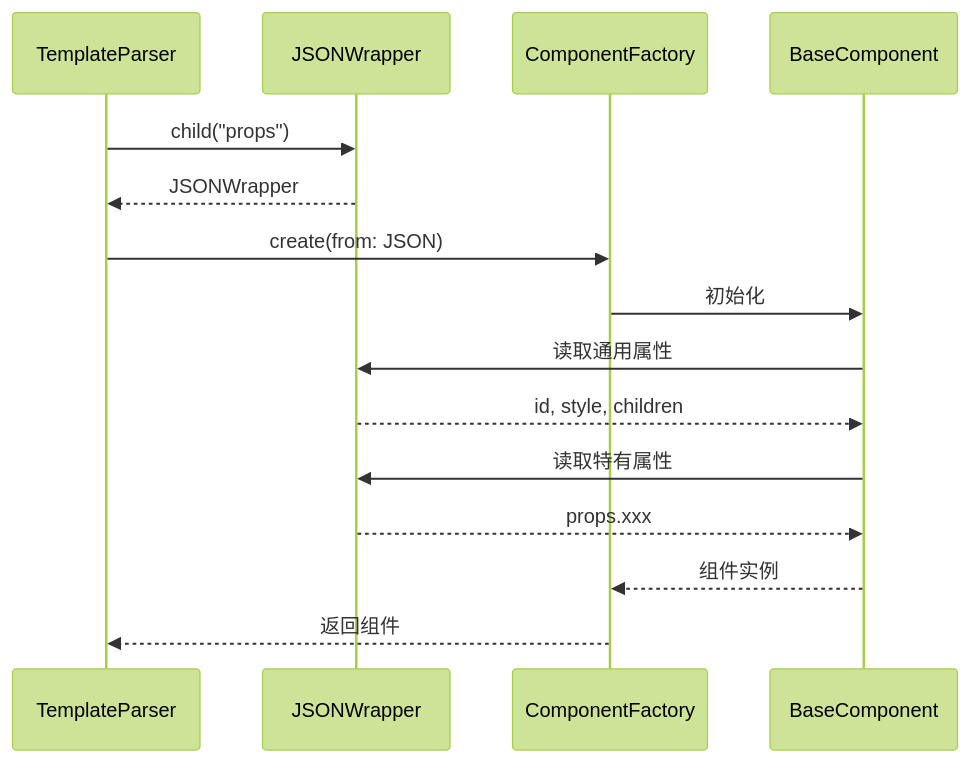
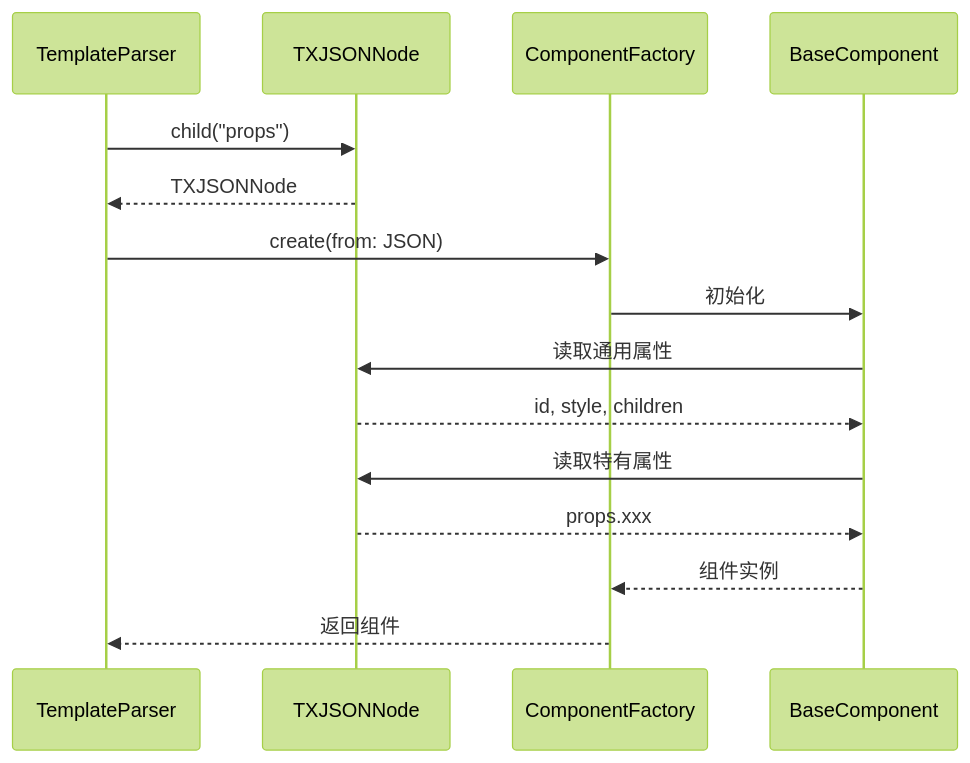
Before and after one commit to FeliksLv01/TemplateX: the fifth of 18 diagrams in Docs/Articles/TemplateX-Complete-Guide.md, drawn with Mermaid (forest theme). The commit also changed other lines of this file and 16 other files, not shown here.

````diff
--- a/Docs/Articles/TemplateX-Complete-Guide.md
+++ b/Docs/Articles/TemplateX-Complete-Guide.md
@@ -508,19 +508,19 @@
 ```mermaid
 sequenceDiagram
     participant Parser as TemplateParser
-    participant JSON as JSONWrapper
+    participant JSON as TXJSONNode
     participant Factory as ComponentFactory
     participant Component as BaseComponent
     
     Parser->>JSON: child("props")
-    JSON-->>Parser: JSONWrapper
+    JSON-->>Parser: TXJSONNode
     
     Parser->>Factory: create(from: JSON)
     Factory->>Component: 初始化
     Component->>JSON: 读取通用属性
     JSON-->>Component: id, style, children
     Component->>JSON: 读取特有属性
     JSON-->>Component: props.xxx
     Component-->>Factory: 组件实例
     Factory-->>Parser: 返回组件
 ```
````
